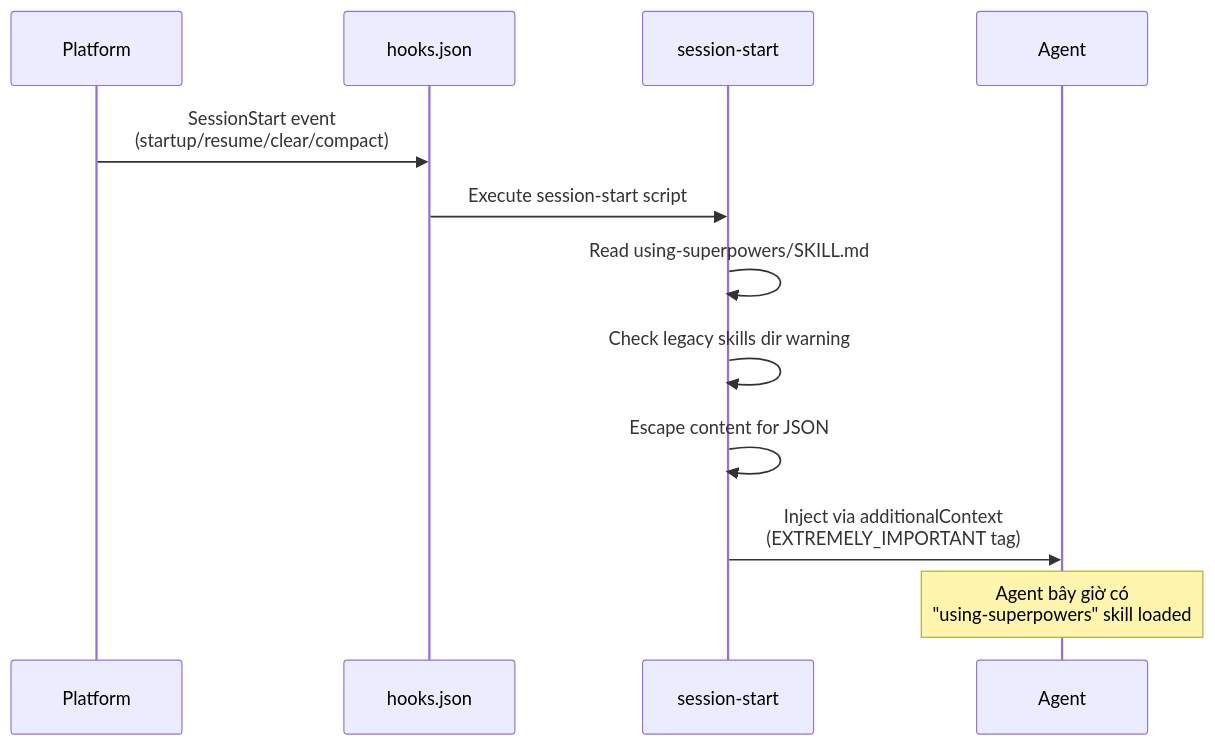
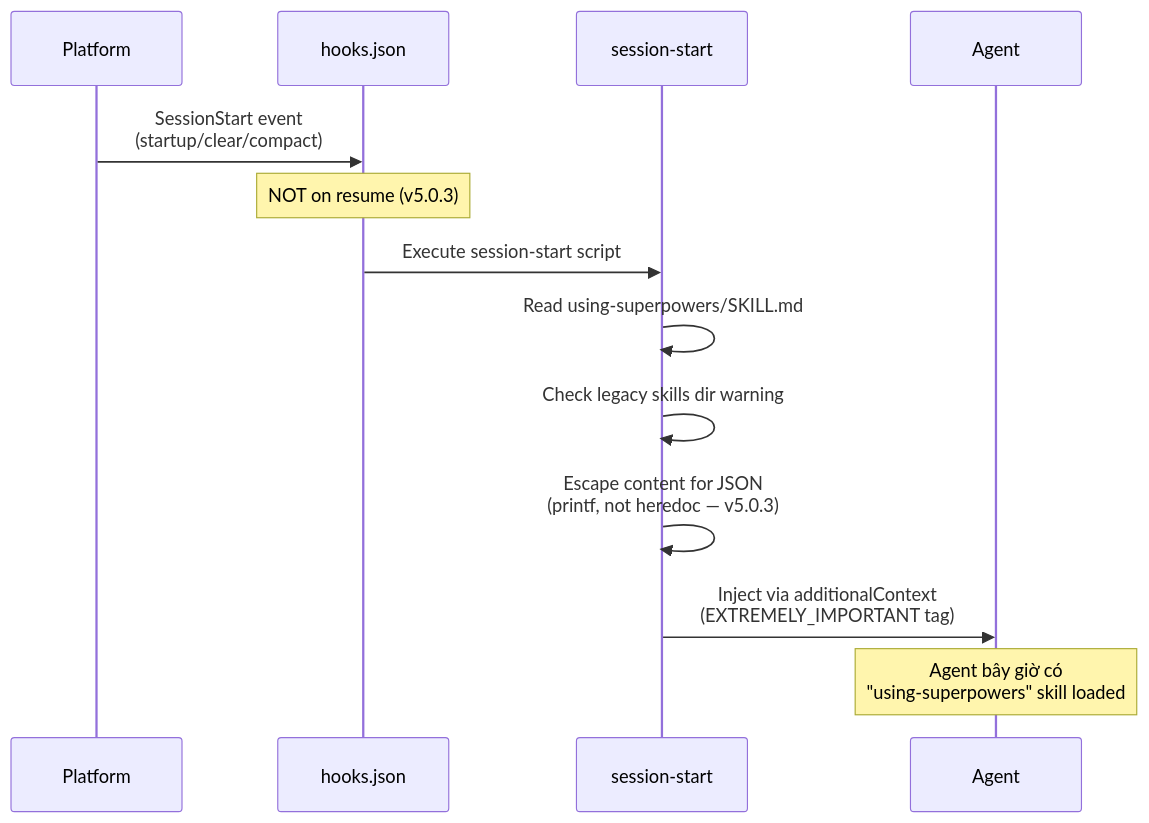
The second of 7 diagrams in vn/superpowers/1. Architecture and Logic.md (thientranhung/agentic-coding-lab), drawn with Mermaid before and after one commit. The commit also changed other lines of this file and 14 other files, not shown here.

````diff
--- a/vn/superpowers/1. Architecture and Logic.md
+++ b/vn/superpowers/1. Architecture and Logic.md
@@ -110,15 +93,16 @@
 ```mermaid
 sequenceDiagram
     participant P as Platform
     participant H as hooks.json
     participant S as session-start
     participant A as Agent
 
-    P->>H: SessionStart event<br>(startup/resume/clear/compact)
+    P->>H: SessionStart event<br>(startup/clear/compact)
+    Note over H: NOT on resume (v5.0.3)
     H->>S: Execute session-start script
     S->>S: Read using-superpowers/SKILL.md
     S->>S: Check legacy skills dir warning
-    S->>S: Escape content for JSON
+    S->>S: Escape content for JSON<br>(printf, not heredoc — v5.0.3)
     S->>A: Inject via additionalContext<br>(EXTREMELY_IMPORTANT tag)
     Note over A: Agent bây giờ có<br>"using-superpowers" skill loaded
 ```
````
